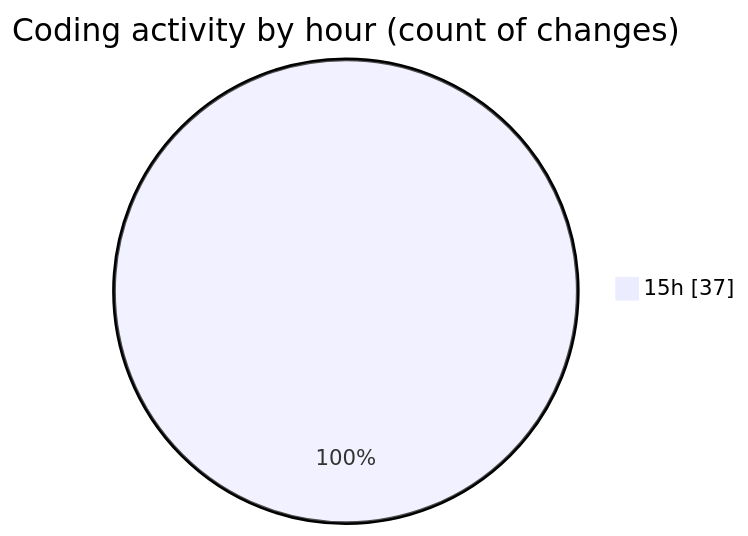
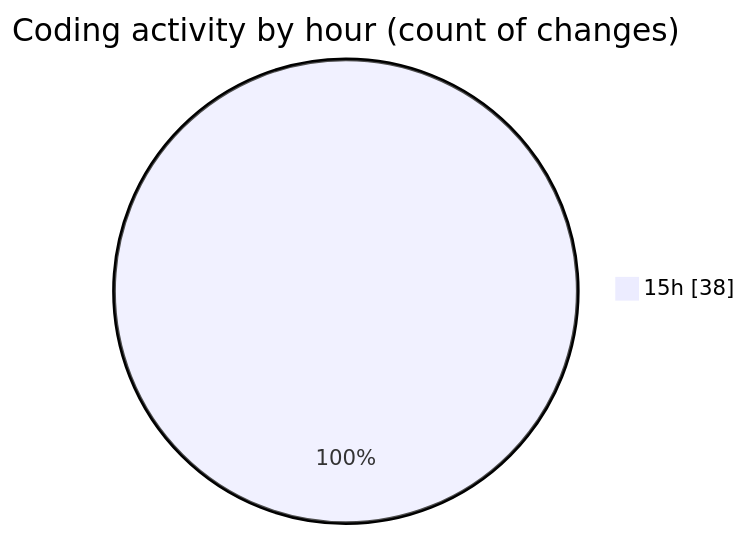
Before and after one commit to nxtqubesakshisongat/code-tracking: the second of 2 diagrams in 2025-09-08/cashcalculator/README.md, drawn with Mermaid. The commit also changed other lines of this file and 1 other file, not shown here.

````diff
--- a/2025-09-08/cashcalculator/README.md
+++ b/2025-09-08/cashcalculator/README.md
@@ -28,5 +28,5 @@
 ```mermaid
 pie showData
 title Coding activity by hour (count of changes)
-"15h" : 37
+"15h" : 38
 ```
````
